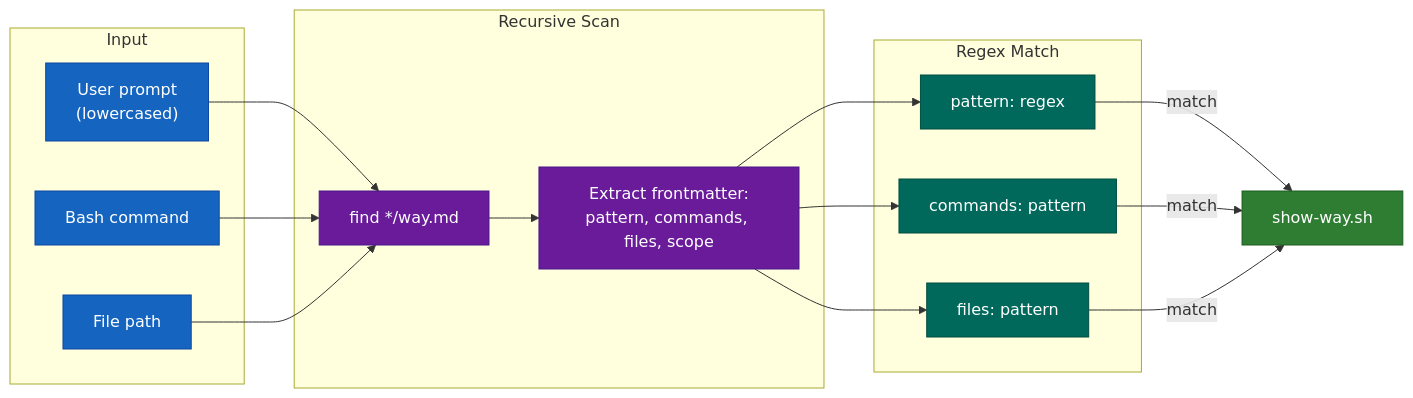
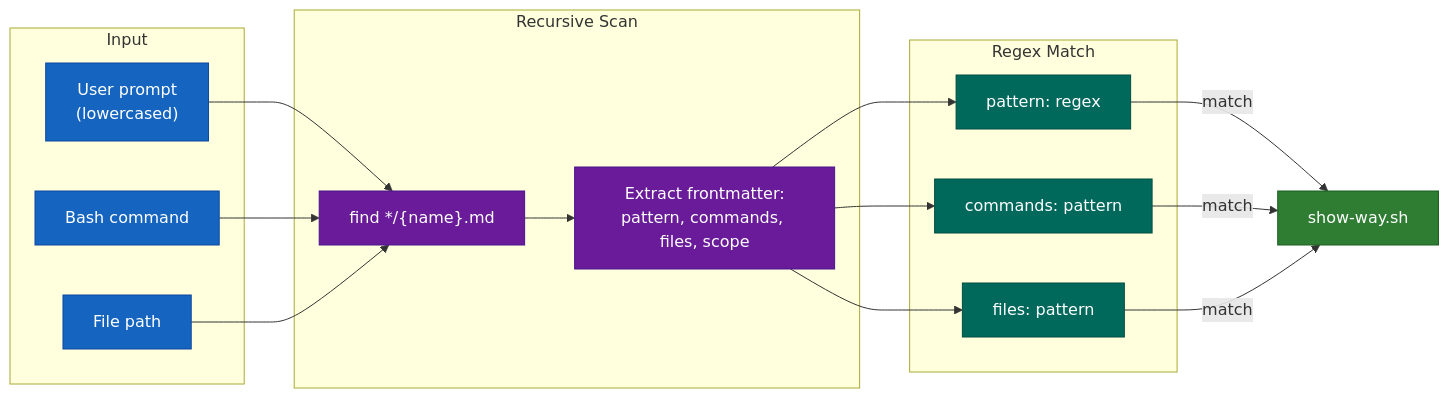
Before and after one commit to ctracey/claude-code-config: the seventh of 12 diagrams in docs/architecture.md, drawn with Mermaid. The commit also changed other lines of this file and 39 other files, not shown here.

First line of the commit message:
docs(ways): update all references from way.md to {name}.md (ADR-110 iter 2)

````diff
--- a/docs/architecture.md
+++ b/docs/architecture.md
@@ -222,37 +222,37 @@
 ```mermaid
 flowchart LR
     classDef input fill:#1565C0,stroke:#0D47A1,color:#fff
     classDef scan fill:#6A1B9A,stroke:#4A148C,color:#fff
     classDef match fill:#00695C,stroke:#004D40,color:#fff
     classDef output fill:#2E7D32,stroke:#1B5E20,color:#fff
 
     subgraph Input
         Prompt["User prompt<br/>(lowercased)"]:::input
         Cmd["Bash command"]:::input
         File["File path"]:::input
     end
 
     subgraph Scan["Recursive Scan"]
-        Find["find */way.md"]:::scan
+        Find["find */{name}.md"]:::scan
         Extract["Extract frontmatter:<br/>pattern, commands, files, scope"]:::scan
     end
 
     subgraph Match["Regex Match"]
         KW["pattern: regex"]:::match
         CM["commands: pattern"]:::match
         FL["files: pattern"]:::match
     end
 
     Prompt --> Find
     Cmd --> Find
     File --> Find
 
     Find --> Extract
     Extract --> KW
     Extract --> CM
     Extract --> FL
 
     KW -->|match| SW["show-way.sh"]:::output
     CM -->|match| SW
     FL -->|match| SW
 ```
````
